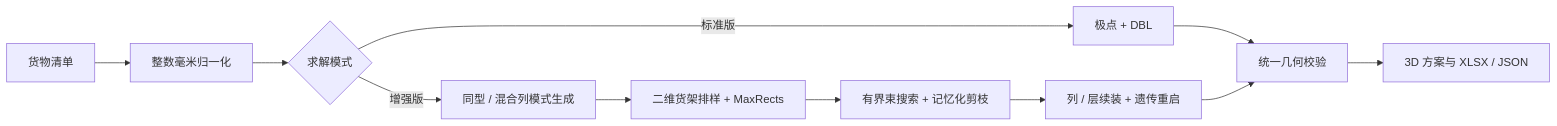
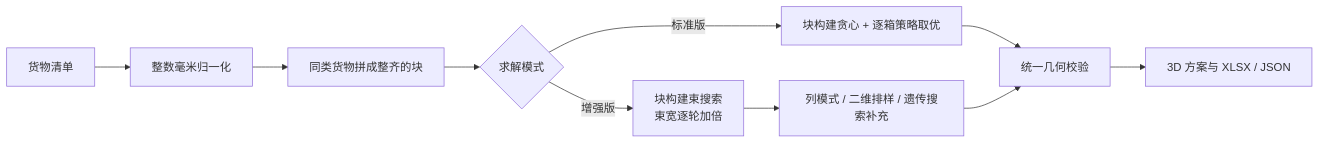
The first of 2 diagrams in README.md (hyt0019/loader), drawn with Mermaid before and after one commit. The commit also changed other lines of this file and 7 other files, not shown here.

````diff
--- a/README.md
+++ b/README.md
@@ -41,13 +42,12 @@
 ```mermaid
 flowchart LR
     A[货物清单] --> B[整数毫米归一化]
-    B --> C{求解模式}
-    C -->|标准版| D[极点 + DBL]
-    C -->|增强版| E[同型 / 混合列模式生成]
-    E --> F[二维货架排样 + MaxRects]
-    F --> G[有界束搜索 + 记忆化剪枝]
-    G --> J[列 / 层续装 + 遗传重启]
+    B --> K[同类货物拼成整齐的块]
+    K --> C{求解模式}
+    C -->|标准版| D[块构建贪心 + 逐箱策略取优]
+    C -->|增强版| E[块构建束搜索<br/>束宽逐轮加倍]
+    E --> F[列模式 / 二维排样 / 遗传搜索补充]
     D --> H[统一几何校验]
-    J --> H
+    F --> H
     H --> I[3D 方案与 XLSX / JSON]
 ```
````
